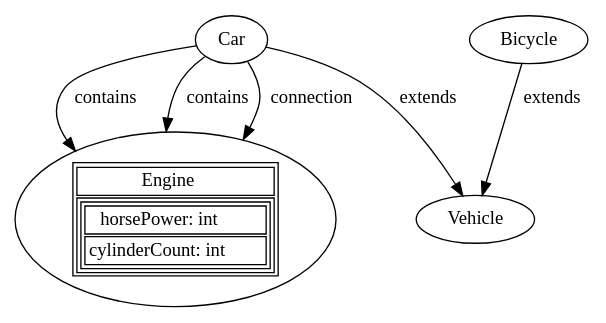
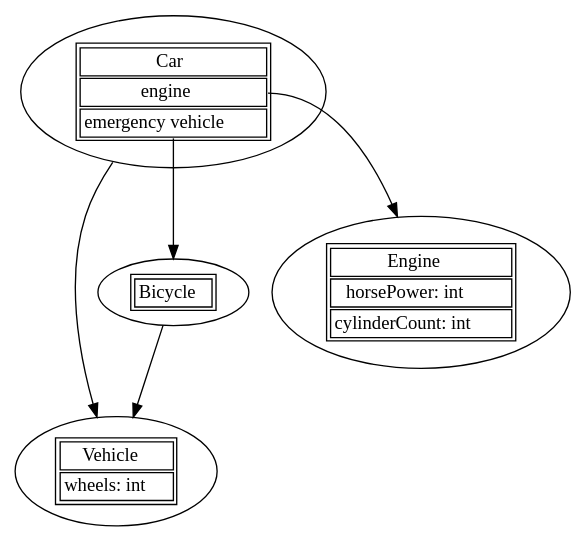
One commit to stemey/dotstyle changed the diagram in example/classes.dot. Above: the diagram before and after it, drawn with Graphviz. The commit also changed 2 other files, not shown here.

```diff
--- a/example/classes.dot
+++ b/example/classes.dot
@@ -1,36 +1,56 @@
 digraph{
+   
+   rankdir="TB";
+   
 
-	style= "classes.dss";
+   style= "classes.dss";
 
-   Car -> Vehicle [label="extends"]
-   Bicycle -> Vehicle [label="extends"]
-   Car -> Engine [label="contains"]
-   Car -> Engine [label="contains"]
+   Car -> Vehicle [tooltip="extends"]
+   Bicycle -> Vehicle [tooltip="extends"]
+   Car:engine -> Engine [tooltip="has"]
+   Car:emergency -> Bicycle [tooltip="has"]
 
-   Vehicle[label="Vehicle"]
-   Car[label="Car"]
-   Bicycle[label="Bicycle"]
+   
    Engine[label=<<table>
    		<tr>
-   			<td>Engine</td>
+   			<td><font>Engine</font></td>
    		</tr>
    		<tr>
-   			<td>
-			   	<table class="properties">
-					<tr >
-					   	<td>horsePower: int</td>
-					</tr>
-					<tr>
-						<td>cylinderCount: int</td>
-					</tr>
-				</table>
-   			</td>
-   		</tr>
+ 		   	<td>horsePower: int</td>
+		</tr>
+		<tr>
+			<td>cylinderCount: int</td>
+		</tr>
    		
    	</table>>]
    
-    Car -> Engine [label="connection"]
+   Vehicle[label=<<table>
+   		<tr>
+   			<td><font>Vehicle</font></td>
+		</tr>   		
+  		<tr>
+ 		   	<td>wheels: int</td>
+		</tr>
+   	</table>>]
+   
+   Car[label=<<table>
+   		<tr>
+   			<td><font>Car</font></td>
+		</tr>   		
+   		<tr>
+   			<td port="engine">engine</td>
+		</tr>   		
+   		<tr>
+   			<td port="emergency">emergency vehicle</td>
+		</tr>   		
+   	</table>>]
+   
+   Bicycle[label=<<table>
+   		<tr>
+   			<td><font>Bicycle</font></td>
+		</tr>   		
+   	</table>>]
    
 
 
 }
```
